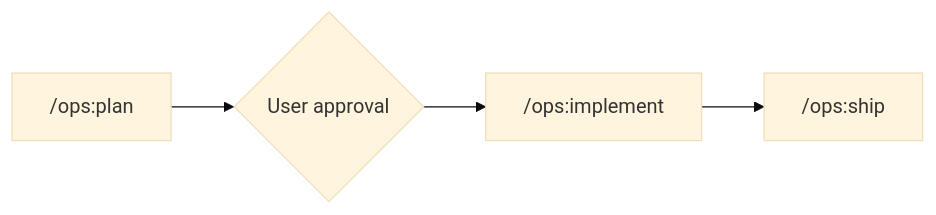
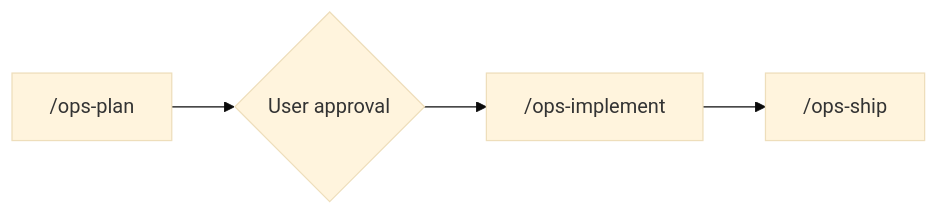
Before and after one commit to gigi206/ops: the fourth of 16 diagrams in README.md, drawn with Mermaid (base theme). The commit also changed other lines of this file and 57 other files, not shown here.

````diff
--- a/README.md
+++ b/README.md
@@ -324,4 +342,4 @@
 ```mermaid
 flowchart LR
-    plan["/ops:plan"] --> approval{"User approval"} --> implement["/ops:implement"] --> ship["/ops:ship"]
+    plan["/ops-plan"] --> approval{"User approval"} --> implement["/ops-implement"] --> ship["/ops-ship"]
 ```
````
